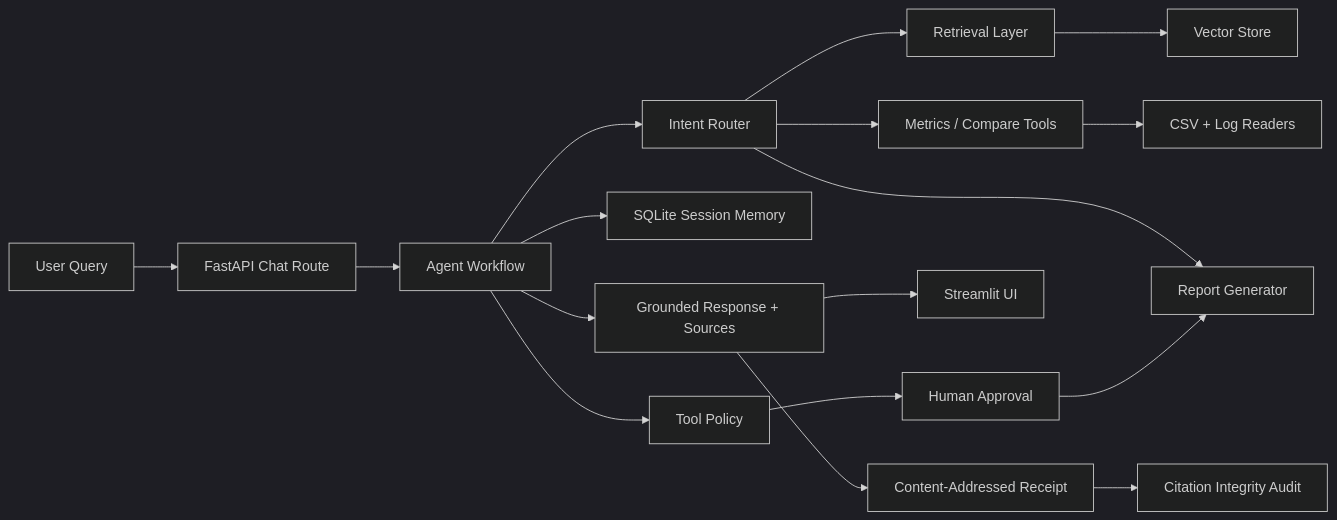
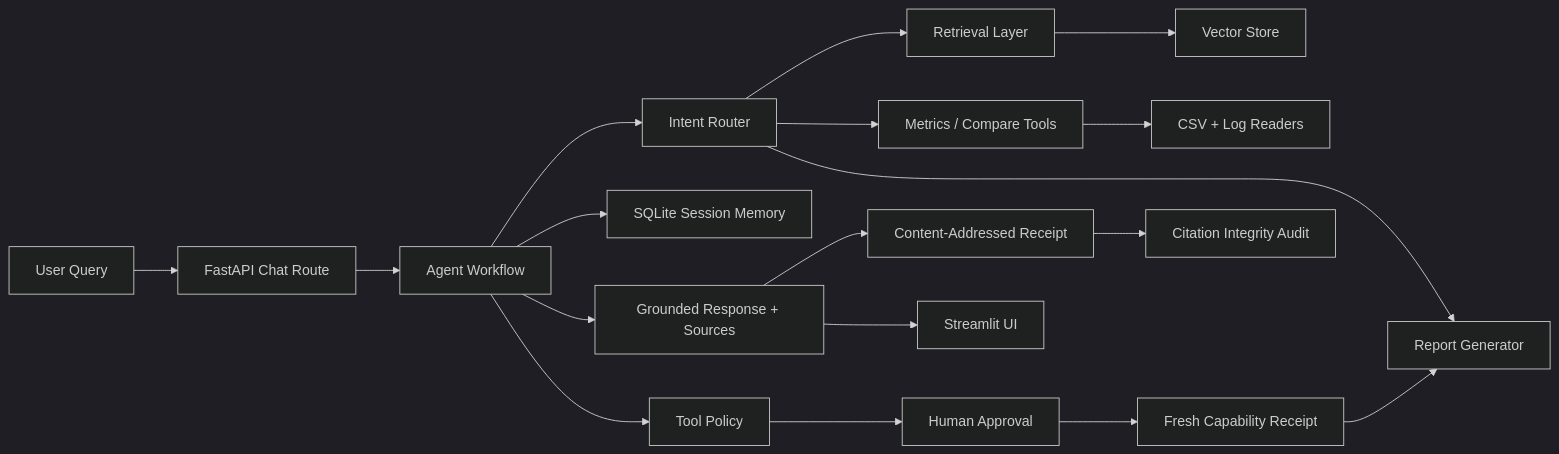
One commit to Ikteder/llm-agent-workflows changed the diagram in README.md. Above: the diagram before and after it, drawn with Mermaid (dark theme). The commit also changed other lines of this file and 19 other files, not shown here.

````diff
--- a/README.md
+++ b/README.md
@@ -122,19 +180,20 @@
 ```mermaid
 flowchart LR
     A["User Query"] --> B["FastAPI Chat Route"]
     B --> C["Agent Workflow"]
     C --> D["Intent Router"]
     D --> E["Retrieval Layer"]
     D --> F["Metrics / Compare Tools"]
     D --> G["Report Generator"]
     E --> H["Vector Store"]
     F --> I["CSV + Log Readers"]
     C --> J["SQLite Session Memory"]
     C --> K["Grounded Response + Sources"]
     K --> O["Content-Addressed Receipt"]
     O --> P["Citation Integrity Audit"]
     K --> L["Streamlit UI"]
     C --> M["Tool Policy"]
     M --> N["Human Approval"]
-    N --> G
+    N --> Q["Fresh Capability Receipt"]
+    Q --> G
 ```
````
